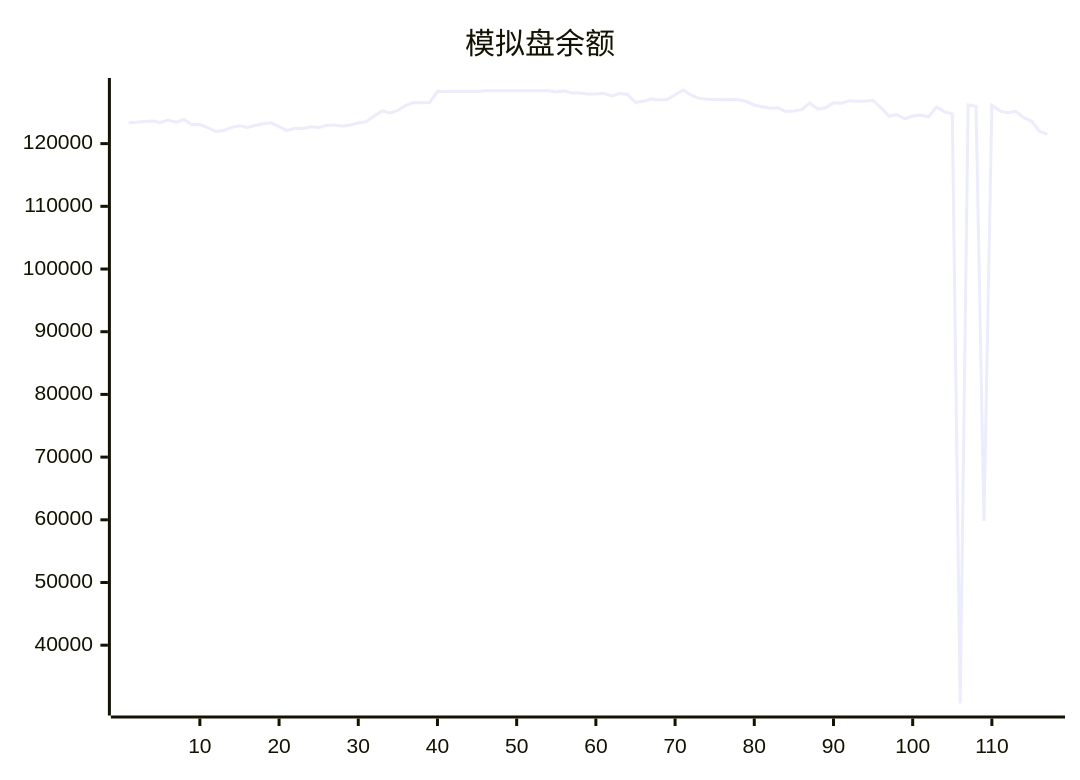
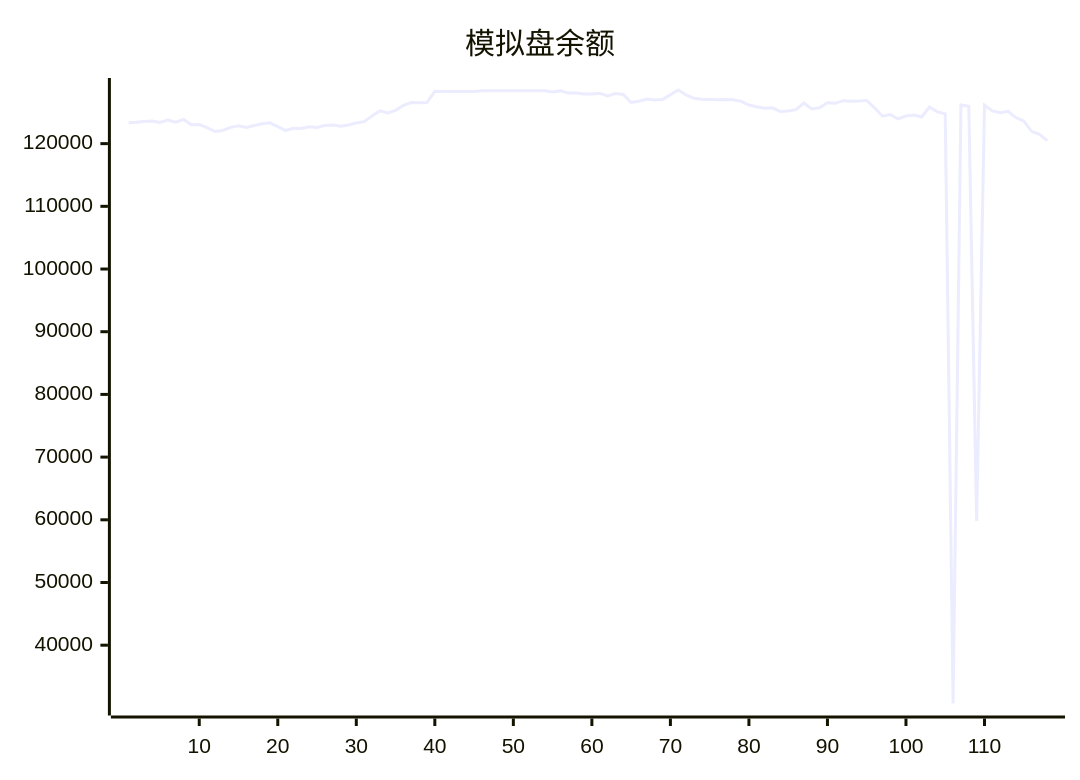
One commit to aahl/ai-trading changed the diagram in README.md. Above: the diagram before and after it, drawn with Mermaid. The commit also changed other lines of this file and 1 other file, not shown here.

````diff
--- a/README.md
+++ b/README.md
@@ -5,5 +5,5 @@
 ```mermaid
 xychart
     title "模拟盘余额"
-    line [123338,123402,123530,123592,123378,123745,123413,123853,123009,123040,122557,121938,122095,122599,122856,122597,122898,123160,123319,122719,122087,122454,122416,122685,122592,122907,122961,122776,122981,123295,123507,124403,125224,124894,125303,126088,126544,126534,126549,128335,128318,128318,128318,128318,128318,128424,128424,128424,128424,128424,128424,128424,128424,128424,128247,128412,128062,128087,127917,127901,128026,127611,128000,127850,126572,126770,127100,126971,127029,127783,128554,127765,127224,127064,127044,127009,127025,127004,126738,126152,125871,125635,125707,125117,125217,125420,126480,125545,125715,126511,126424,126856,126764,126788,126890,125710,124381,124632,123936,124402,124574,124256,125833,125070,124739,30700,126154,125966,59800,126145,125213,124943,125143,124157,123604,121959,121476]
+    line [123338,123402,123530,123592,123378,123745,123413,123853,123009,123040,122557,121938,122095,122599,122856,122597,122898,123160,123319,122719,122087,122454,122416,122685,122592,122907,122961,122776,122981,123295,123507,124403,125224,124894,125303,126088,126544,126534,126549,128335,128318,128318,128318,128318,128318,128424,128424,128424,128424,128424,128424,128424,128424,128424,128247,128412,128062,128087,127917,127901,128026,127611,128000,127850,126572,126770,127100,126971,127029,127783,128554,127765,127224,127064,127044,127009,127025,127004,126738,126152,125871,125635,125707,125117,125217,125420,126480,125545,125715,126511,126424,126856,126764,126788,126890,125710,124381,124632,123936,124402,124574,124256,125833,125070,124739,30700,126154,125966,59800,126145,125213,124943,125143,124157,123604,121959,121476,120476]
 ```
````
